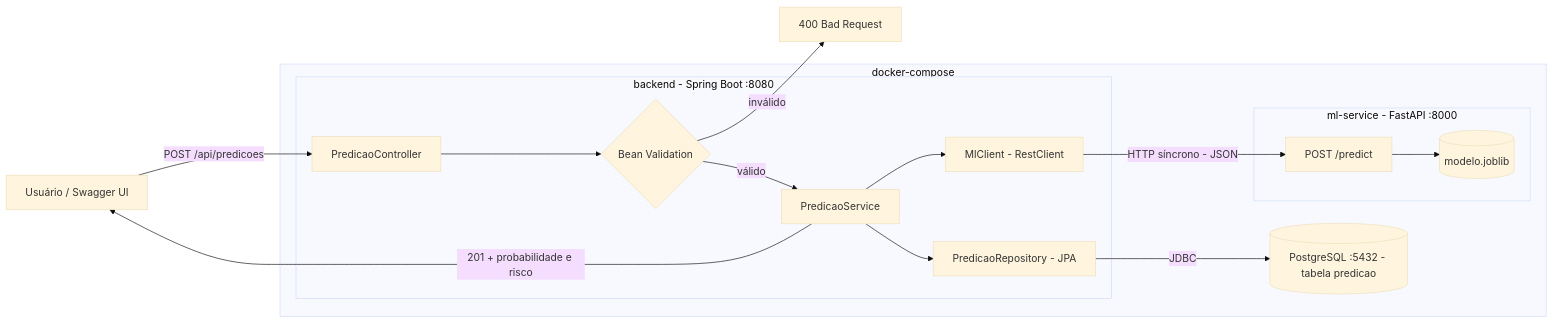
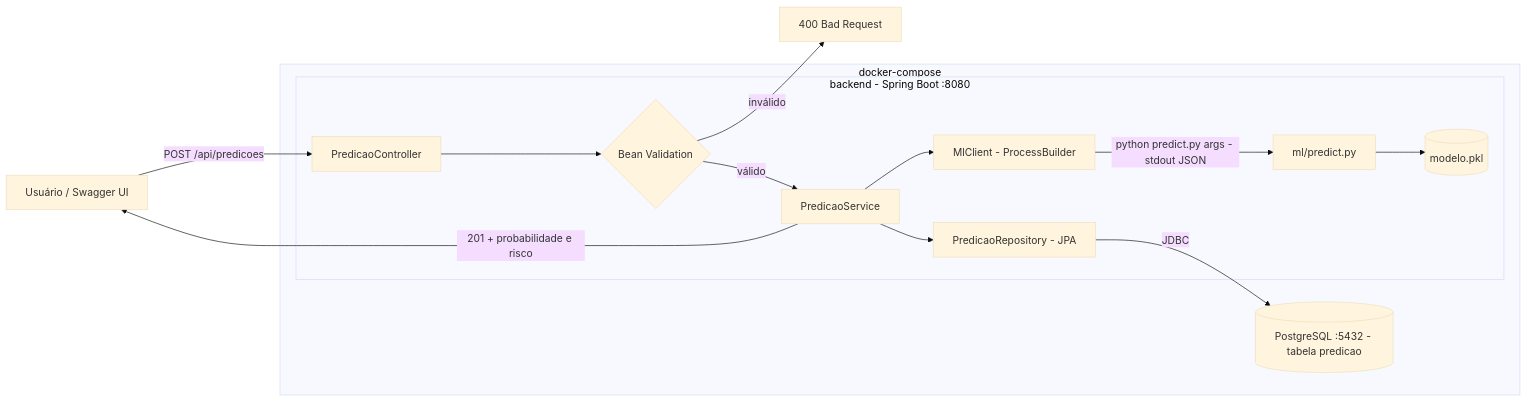
Before and after one commit to LSenzaki/manutencao-preditiva-grupo-1: the diagram in docs/arquitetura.mmd, drawn with Mermaid (base theme). The commit also changed 16 other files, not shown here.

First line of the commit message:
Alinha estrutura à atividade: ML via linha de comando (ProcessBuilder)

```diff
--- a/docs/arquitetura.mmd
+++ b/docs/arquitetura.mmd
@@ -1,32 +1,29 @@
 flowchart LR
     user["Usuário / Swagger UI"]
 
     subgraph compose["docker-compose"]
         subgraph backend["backend - Spring Boot :8080"]
             ctrl["PredicaoController"]
             val{"Bean Validation"}
             svc["PredicaoService"]
             repo["PredicaoRepository - JPA"]
-            cli["MlClient - RestClient"]
-        end
-
-        subgraph ml["ml-service - FastAPI :8000"]
-            api["POST /predict"]
-            model[("modelo.joblib")]
+            cli["MlClient - ProcessBuilder"]
+            pred["ml/predict.py"]
+            model[("modelo.pkl")]
         end
 
         db[("PostgreSQL :5432 - tabela predicao")]
     end
 
     err["400 Bad Request"]
 
     user -->|"POST /api/predicoes"| ctrl
     ctrl --> val
     val -->|"inválido"| err
     val -->|"válido"| svc
     svc --> cli
-    cli -->|"HTTP síncrono - JSON"| api
-    api --> model
+    cli -->|"python predict.py args - stdout JSON"| pred
+    pred --> model
     svc --> repo
     repo -->|"JDBC"| db
     svc -->|"201 + probabilidade e risco"| user
```
